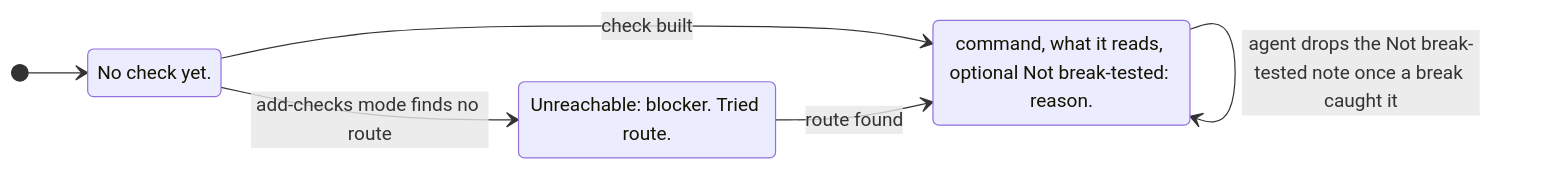
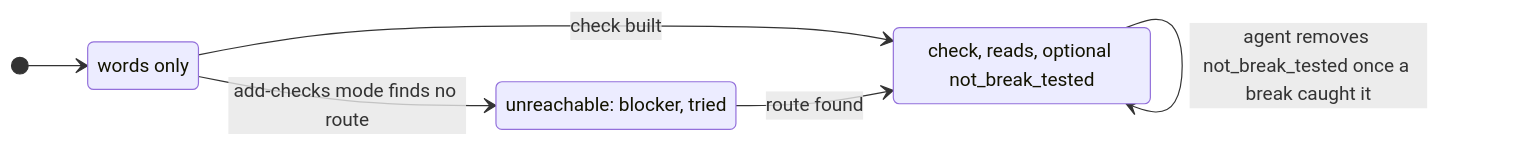
One commit to kennymatsudo/verification-framework changed the second of 4 diagrams in docs/state-transitions.md. Above: the diagram before and after it, drawn with Mermaid. The commit also changed other lines of this file and 27 other files, not shown here.

````diff
--- a/docs/state-transitions.md
+++ b/docs/state-transitions.md
@@ -56,13 +56,13 @@
 ```mermaid
 stateDiagram-v2
     direction LR
-    state "No check yet." as none
-    state "Unreachable: blocker. Tried route." as unreachable
-    state "command, what it reads, optional Not break-tested: reason." as command
+    state "words only" as none
+    state "unreachable: blocker, tried" as unreachable
+    state "check, reads, optional not_break_tested" as command
 
     [*] --> none
     none --> unreachable: add-checks mode finds no route
     none --> command: check built
     unreachable --> command: route found
-    command --> command: agent drops the Not break-tested note once a break caught it
+    command --> command: agent removes not_break_tested once a break caught it
 ```
````
